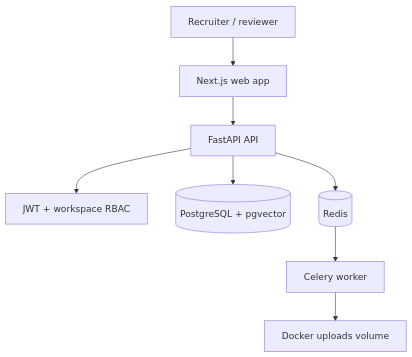
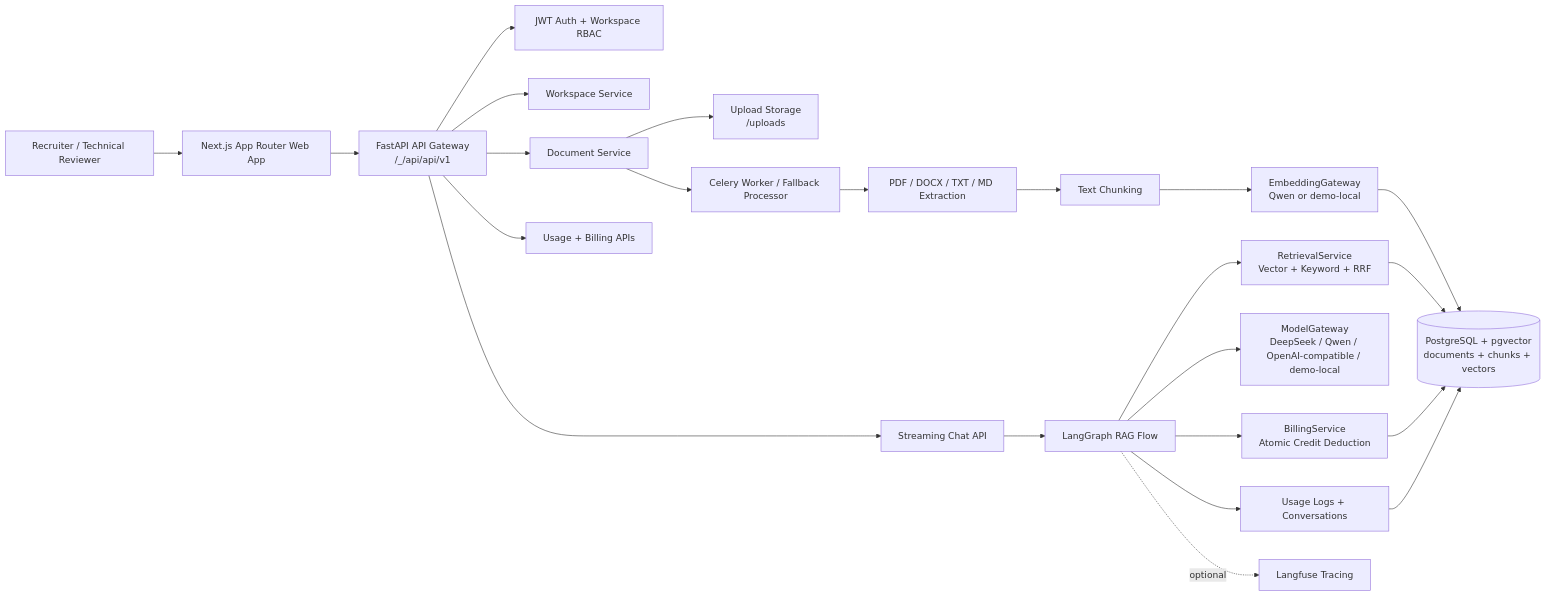
The diagram in docs/architecture.md (Shifu710/smartdocs-ai), drawn with Mermaid before and after one commit. The commit also changed other lines of this file and 9 other files, not shown here.

````diff
--- a/docs/architecture.md
+++ b/docs/architecture.md
@@ -12,10 +7,28 @@
 ```mermaid
-flowchart TD
-  User["Recruiter / reviewer"] --> Web["Next.js web app"]
-  Web --> API["FastAPI API"]
-  API --> Auth["JWT + workspace RBAC"]
-  API --> DB[("PostgreSQL + pgvector")]
-  API --> Queue[("Redis")]
-  Queue --> Worker["Celery worker"]
-  Worker --> Uploads["Docker uploads volume"]
+flowchart LR
+  User["Recruiter / Technical Reviewer"] --> Web["Next.js App Router Web App"]
+
+  Web --> API["FastAPI API Gateway<br/>/_/api/api/v1"]
+  API --> Auth["JWT Auth + Workspace RBAC"]
+  API --> Workspace["Workspace Service"]
+  API --> Docs["Document Service"]
+  API --> Chat["Streaming Chat API"]
+  API --> Usage["Usage + Billing APIs"]
+
+  Docs --> Uploads["Upload Storage<br/>/uploads"]
+  Docs --> Worker["Celery Worker / Fallback Processor"]
+  Worker --> Parser["PDF / DOCX / TXT / MD Extraction"]
+  Parser --> Chunker["Text Chunking"]
+  Chunker --> Embed["EmbeddingGateway<br/>Qwen or demo-local"]
+  Embed --> DB[("PostgreSQL + pgvector<br/>documents + chunks + vectors")]
+
+  Chat --> Graph["LangGraph RAG Flow"]
+  Graph --> Retrieve["RetrievalService<br/>Vector + Keyword + RRF"]
+  Retrieve --> DB
+  Graph --> Gateway["ModelGateway<br/>DeepSeek / Qwen / OpenAI-compatible / demo-local"]
+  Graph --> Billing["BillingService<br/>Atomic Credit Deduction"]
+  Billing --> DB
+  Graph --> Logs["Usage Logs + Conversations"]
+  Logs --> DB
+  Graph -. optional .-> Langfuse["Langfuse Tracing"]
 ```
````
